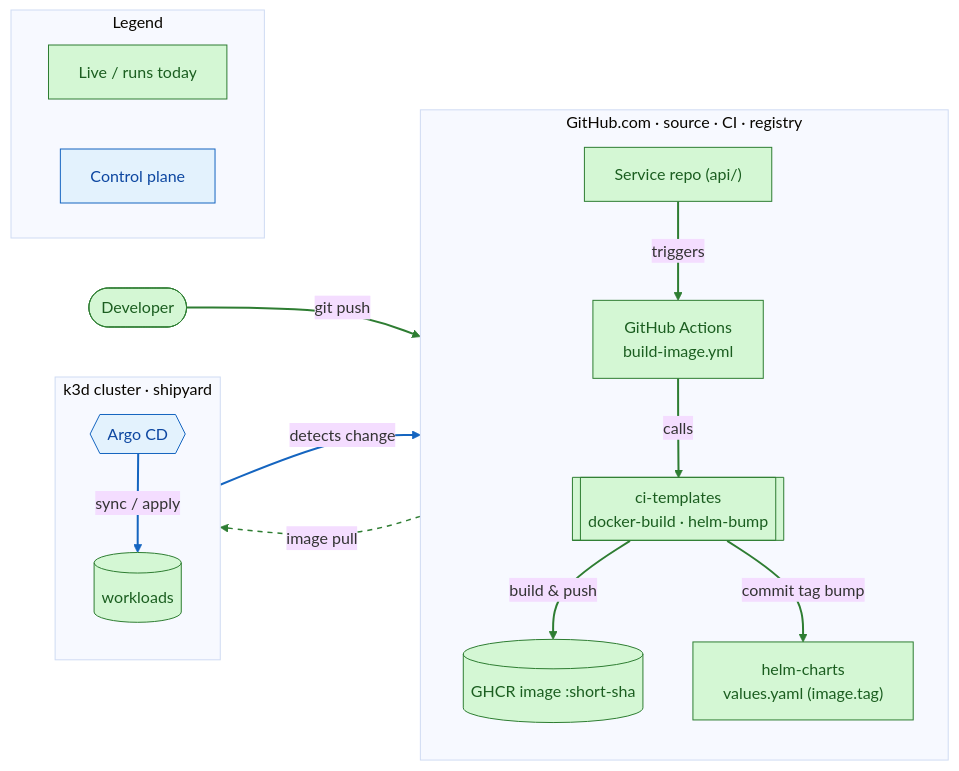
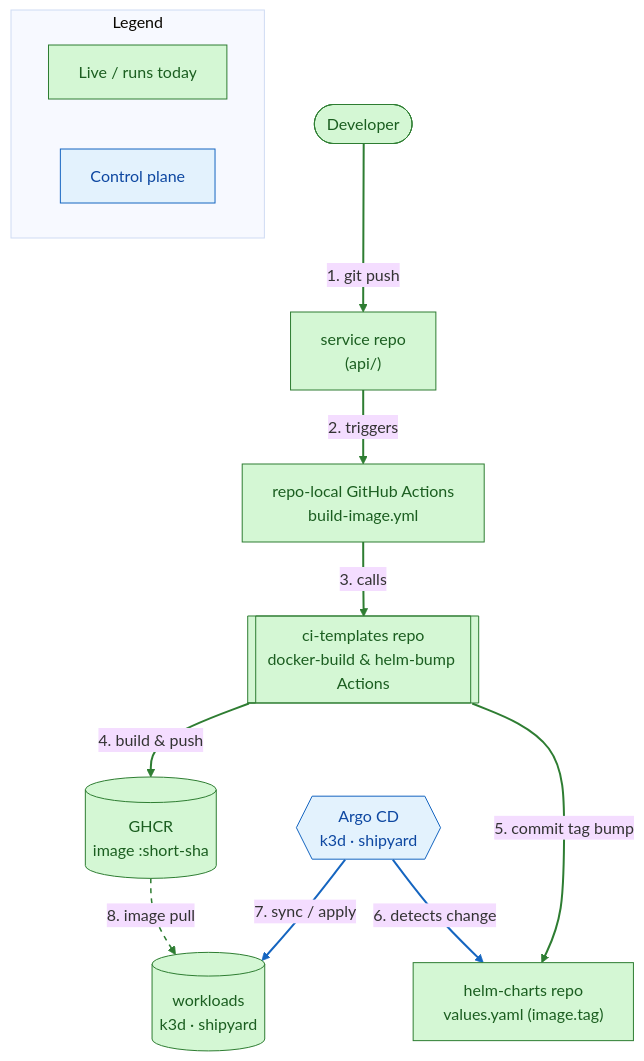
One commit to CJs-Shipyard/platform-docs changed the second of 2 diagrams in README.md. Above: the diagram before and after it, drawn with Mermaid (base theme). The commit also changed other lines of this file, not shown here.

Commit message:
reorganized platform diagrams to prevent subgraph clipping; improved diagram readability

````diff
--- a/README.md
+++ b/README.md
@@ -133,41 +130,35 @@
 ```mermaid
-flowchart LR
+flowchart TB
     classDef live fill:#d4f7d4,stroke:#2e7d32,color:#1b5e20;
     classDef ctrl fill:#e3f2fd,stroke:#1565c0,color:#0d47a1;
 
     dev([Developer]):::live
 
-    subgraph gh["GitHub.com · source · CI · registry"]
-        direction TB
-        repo["Service repo (api/)"]:::live
-        gha["GitHub Actions<br/>build-image.yml"]:::live
-        tmpl[["ci-templates<br/>docker-build · helm-bump"]]:::live
-        ghcr[("GHCR image :short-sha")]:::live
-        helm["helm-charts<br/>values.yaml (image.tag)"]:::live
-    end
+    repo["service repo<br/>(api/)"]:::live
+    gha["repo-local GitHub Actions<br/>build-image.yml"]:::live
+    tmpl[["ci-templates repo<br/>docker-build & helm-bump Actions"]]:::live
+    ghcr[("GHCR<br/>image :short-sha")]:::live
+    helm["helm-charts repo<br/>values.yaml (image.tag)"]:::live
 
-    subgraph cl["k3d cluster · shipyard"]
-        direction TB
-        argo{{Argo CD}}:::ctrl
-        k3d[("workloads")]:::live
-    end
+    argo{{"Argo CD<br/>k3d · shipyard"}}:::ctrl
+    k3d[("workloads<br/>k3d · shipyard")]:::live
 
-    dev -->|git push| repo
-    repo -->|triggers| gha
-    gha -->|calls| tmpl
-    tmpl -->|build & push| ghcr
-    tmpl -->|commit tag bump| helm
-    argo -->|detects change| helm
-    argo -->|sync / apply| k3d
-    ghcr -.->|image pull| k3d
+    dev -->|1. git push| repo
+    repo -->|2. triggers| gha
+    gha -->|3. calls| tmpl
+    tmpl -->|4. build & push| ghcr
+    tmpl -->|5. commit tag bump| helm
+    argo -->|6. detects change| helm
+    argo -->|7. sync / apply| k3d
+    ghcr -.->|8. image pull| k3d
 
     subgraph legend["Legend"]
         direction LR
         gL["Live / runs today"]:::live
         gC["Control plane"]:::ctrl
     end
 
     linkStyle 0,1,2,3,4 stroke:#2e7d32,stroke-width:2px;
     linkStyle 5,6 stroke:#1565c0,stroke-width:2px;
     linkStyle 7 stroke:#2e7d32,stroke-width:1.5px,stroke-dasharray:5 5;
 ```
````
